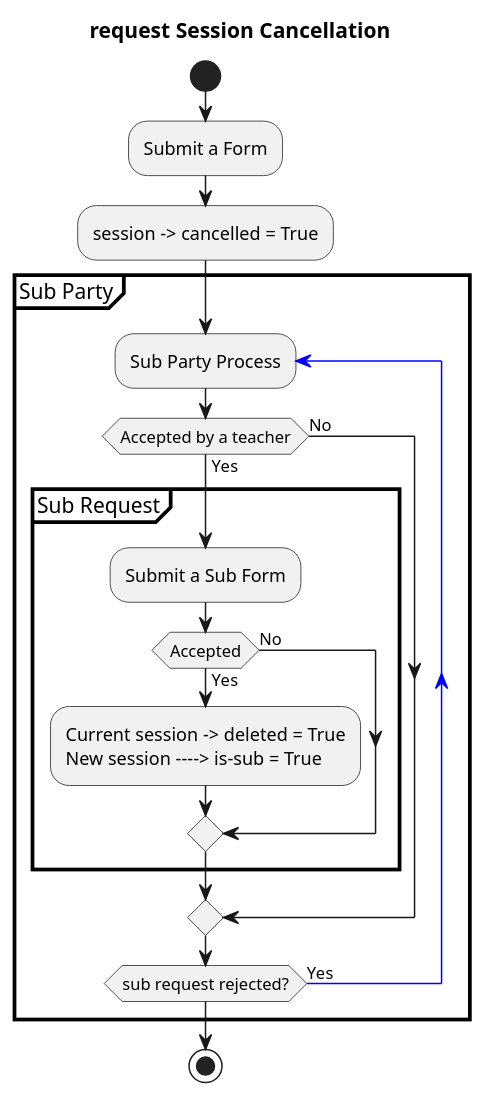
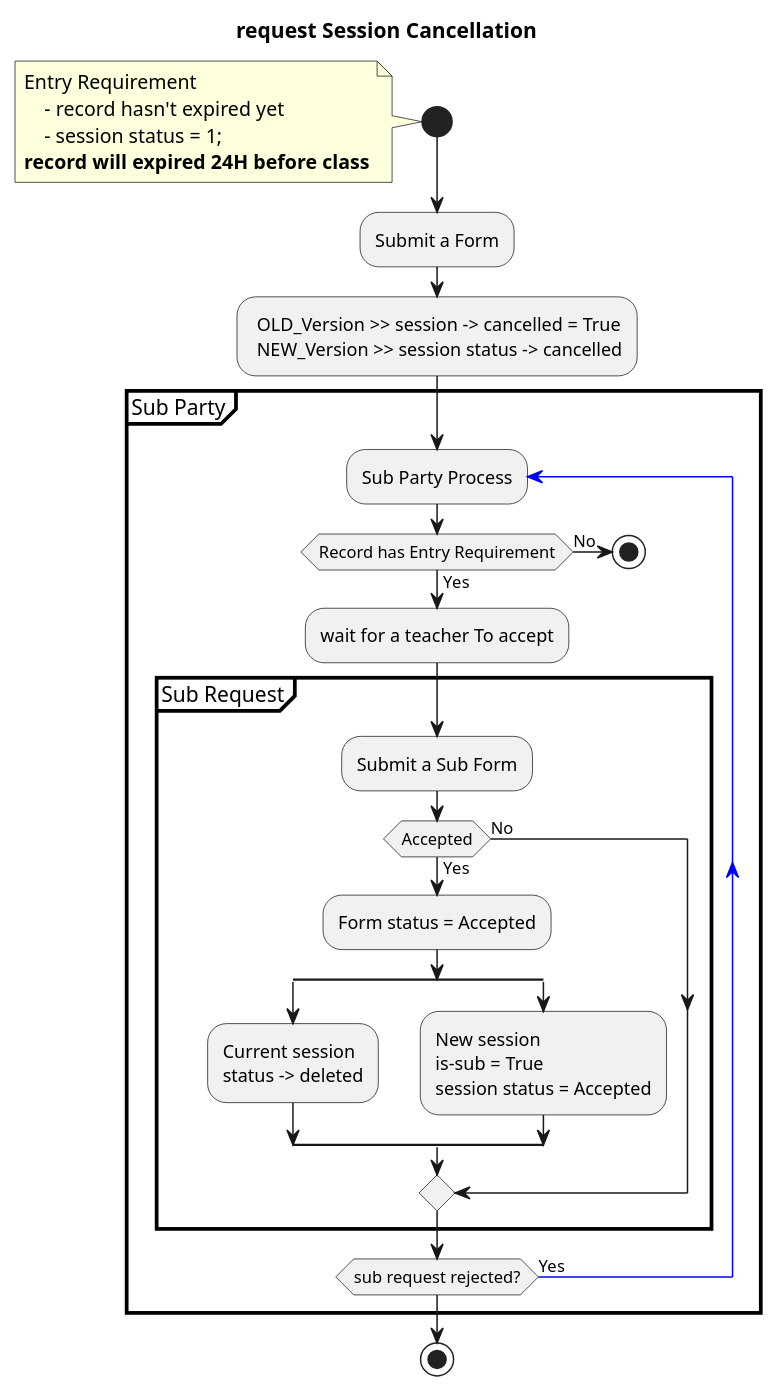
The diagram in api/Diagram/SessionCancellation.puml (ashkanramedani/accounting), drawn with PlantUML before and after one commit. The commit also changed 14 other files, not shown here.

```diff
--- a/api/Diagram/SessionCancellation.puml
+++ b/api/Diagram/SessionCancellation.puml
@@ -1,33 +1,49 @@
 @startuml
 <style>
   partition {
     LineColor Black
     LineThickness 2.5
   }
 </style>
 
 start
 title request Session Cancellation
 
+note
+Entry Requirement
+    - record hasn't expired yet
+    - session status = 1;
+**record will expired 24H before class**
+end note
+
 :Submit a Form;
-:session -> cancelled = True;
-
+: OLD_Version >> session -> cancelled = True
+ NEW_Version >> session status -> cancelled;
 partition Sub Party {
-        repeat :Sub Party Process;
-            if (Accepted by a teacher) then (Yes)
-
-                partition Sub Request {
-                    :Submit a Sub Form;
-                    if (Accepted) then (Yes)
-                        :Current session -> deleted = True
-                        New session ----> is-sub = True;
-                    else (No)
-                    endif
-                }
-            else (No)
-            endif
-        repeat while (sub request rejected?) is (Yes) -[#blue]->
-    }
+    repeat :Sub Party Process;
+        label A
+        if (Record has Entry Requirement) then (Yes)
+            :wait for a teacher To accept;
+            partition Sub Request {
+                :Submit a Sub Form;
+                if (Accepted) then (Yes)
+                    :Form status = Accepted;
+                    split
+                      :Current session
+                      status -> deleted;
+                    split again
+                        :New session
+                        is-sub = True
+                        session status = Accepted;
+                    end split
+                else (No)
+                endif
+            }
+        else (No)
+            stop
+        endif
+    repeat while (sub request rejected?) is (Yes) -[#blue]->
+}
 stop
 
 @enduml
```
